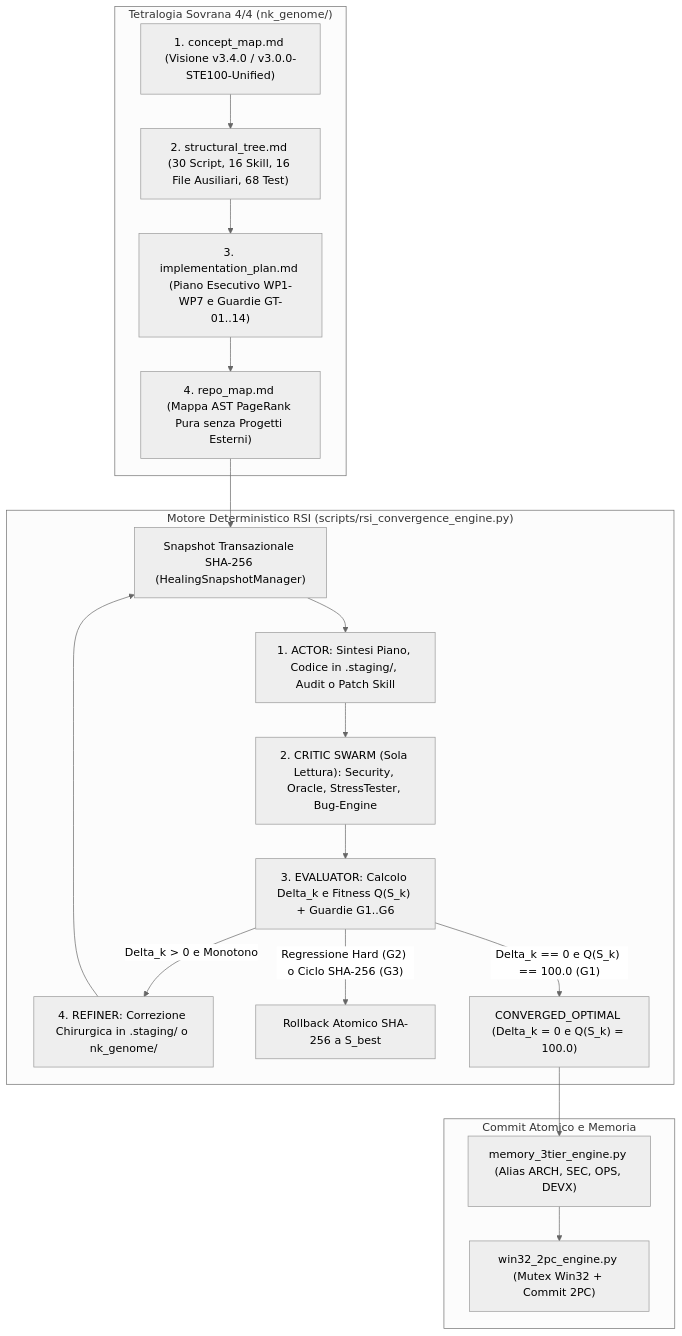
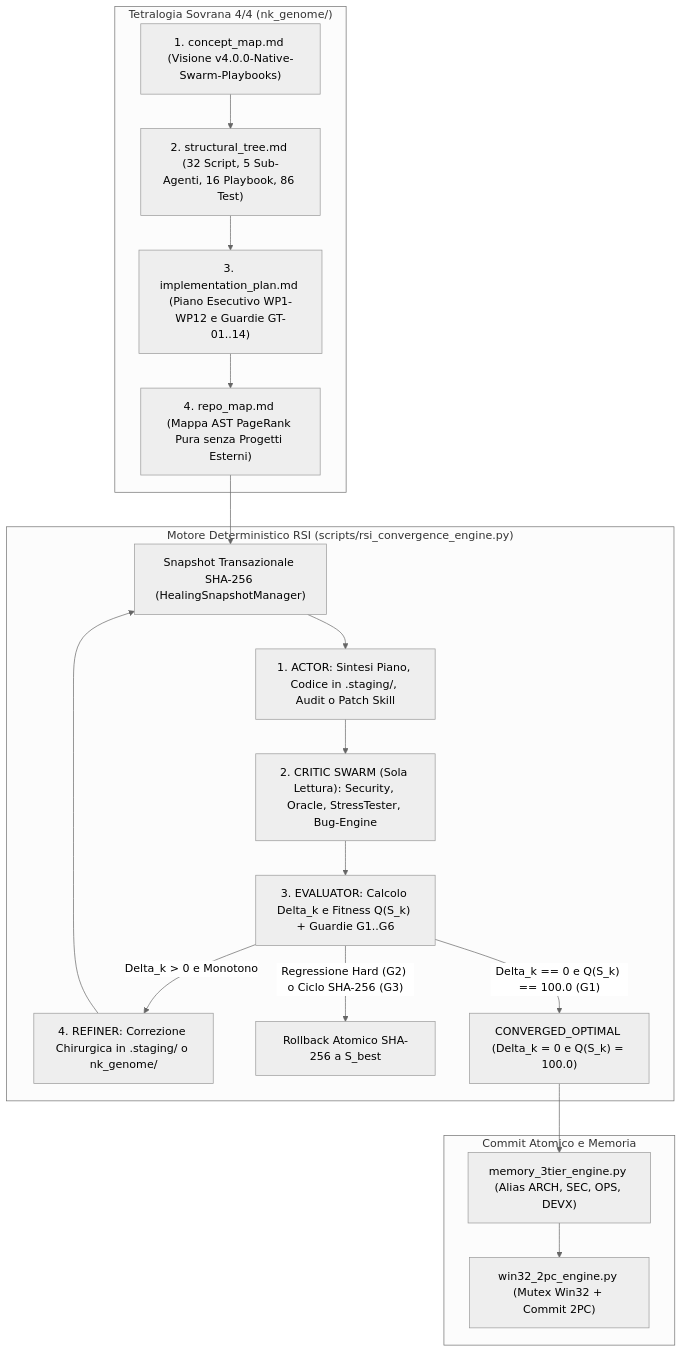
One commit to erbaldo86/NK-Hub changed the diagram in nk_genome/concept_map.md. Above: the diagram before and after it, drawn with Mermaid (neutral theme). The commit also changed other lines of this file and 54 other files, not shown here.

Commit message:
Release v4.0.0-Native-Swarm-Playbooks (Cold-Trial Certified): Router O(1) Multi-Skill, 15 Fix RSI, Pulizia Legacy e 86 Golden Tests

````diff
--- a/nk_genome/concept_map.md
+++ b/nk_genome/concept_map.md
@@ -44,32 +44,32 @@
 ```mermaid
 flowchart TD
     subgraph TETRALOGIA["Tetralogia Sovrana 4/4 (nk_genome/)"]
-        CM["1. concept_map.md (Visione v3.4.0 / v3.0.0-STE100-Unified)"]
-        ST["2. structural_tree.md (30 Script, 16 Skill, 16 File Ausiliari, 68 Test)"]
-        IP["3. implementation_plan.md (Piano Esecutivo WP1-WP7 e Guardie GT-01..14)"]
+        CM["1. concept_map.md (Visione v4.0.0-Native-Swarm-Playbooks)"]
+        ST["2. structural_tree.md (32 Script, 5 Sub-Agenti, 16 Playbook, 86 Test)"]
+        IP["3. implementation_plan.md (Piano Esecutivo WP1-WP12 e Guardie GT-01..14)"]
         RM["4. repo_map.md (Mappa AST PageRank Pura senza Progetti Esterni)"]
     end
 
     subgraph RSI_LOOP["Motore Deterministico RSI (scripts/rsi_convergence_engine.py)"]
         SNAP["Snapshot Transazionale SHA-256 (HealingSnapshotManager)"]
         ACT["1. ACTOR: Sintesi Piano, Codice in .staging/, Audit o Patch Skill"]
         CRIT["2. CRITIC SWARM (Sola Lettura): Security, Oracle, StressTester, Bug-Engine"]
         EVAL["3. EVALUATOR: Calcolo Delta_k e Fitness Q(S_k) + Guardie G1..G6"]
         REF["4. REFINER: Correzione Chirurgica in .staging/ o nk_genome/"]
         ROLL["Rollback Atomico SHA-256 a S_best"]
         CONV["CONVERGED_OPTIMAL (Delta_k = 0 e Q(S_k) = 100.0)"]
     end
 
     subgraph COMMIT["Commit Atomico e Memoria"]
         W2P["win32_2pc_engine.py (Mutex Win32 + Commit 2PC)"]
         MEM["memory_3tier_engine.py (Alias ARCH, SEC, OPS, DEVX)"]
     end
 
     CM --> ST --> IP --> RM
     RM --> SNAP
     SNAP --> ACT --> CRIT --> EVAL
     EVAL -- "Regressione Hard (G2) o Ciclo SHA-256 (G3)" --> ROLL
     EVAL -- "Delta_k > 0 e Monotono" --> REF --> SNAP
     EVAL -- "Delta_k == 0 e Q(S_k) == 100.0 (G1)" --> CONV
     CONV --> MEM --> W2P
 ```
````
